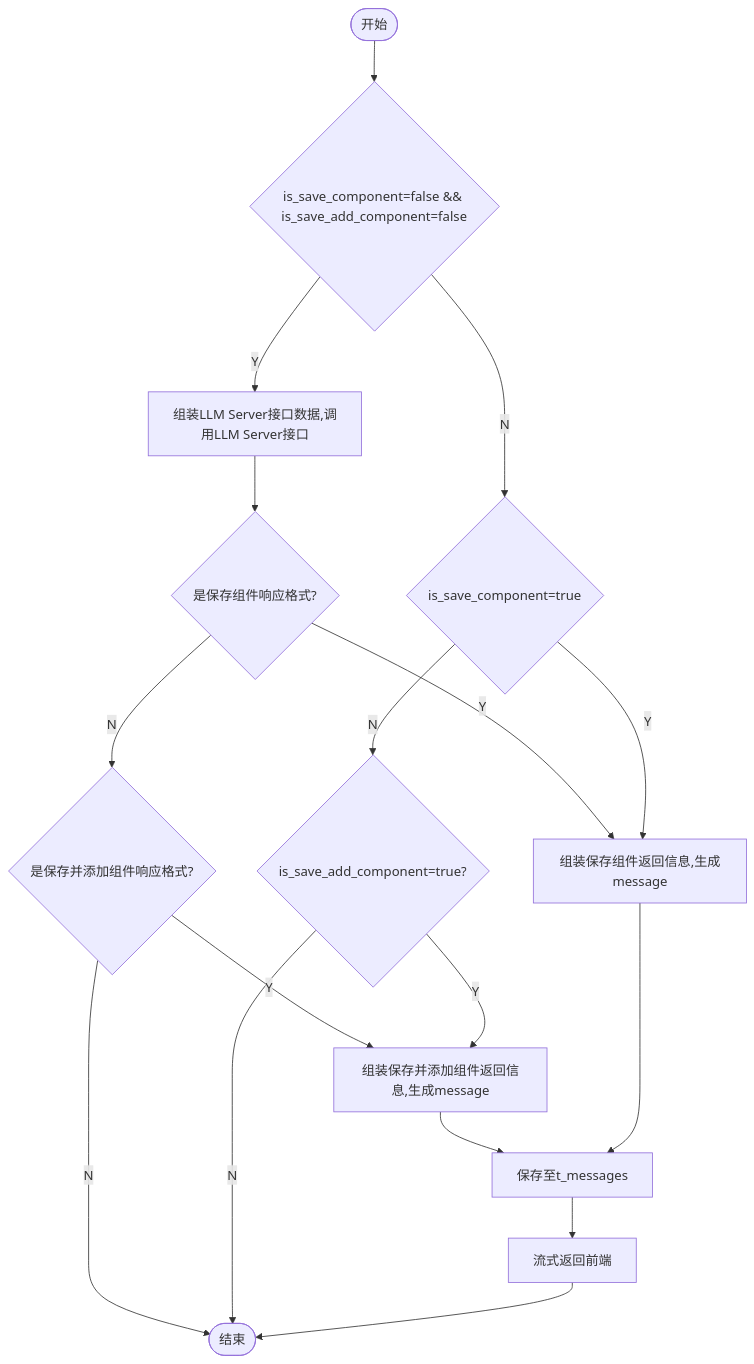
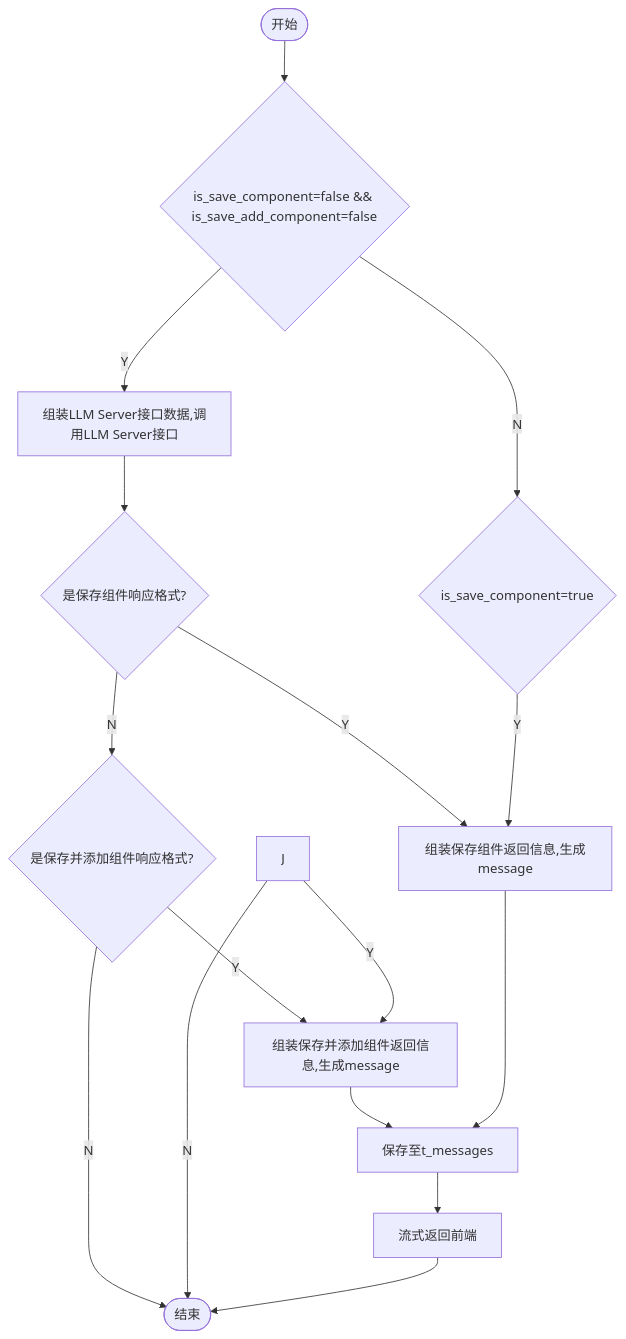
Before and after one commit to yingjianzh/iodraw-files: the diagram in all/未命名-7.md, drawn with Mermaid.

Commit message:
2024-10-12 14:15:03 update

````diff
--- a/all/未命名-7.md
+++ b/all/未命名-7.md
@@ -1,22 +1,22 @@
 ```mermaid
 flowchart TD
     A([开始]) --> B{is_save_component=false && is_save_add_component=false}
     B -- Y --> C[组装LLM Server接口数据,调用LLM Server接口]
     B -- N --> D{is_save_component=true}
     C --> E{是保存组件响应格式?}
     E -- Y --> F[组装保存组件返回信息,生成message]
     E -- N --> L{是保存并添加组件响应格式?}
     L -- Y --> K
     L -- N --> I
-    D -- N --> J{is_save_add_component=true?}
+    
     D -- Y --> F
     
     J -- Y --> K[组装保存并添加组件返回信息,生成message]
     K --> G
     J -- N --> I
     F --> G[保存至t_messages]
     G --> H[流式返回前端]
     H --> I([结束])
     
 
 ```
````
